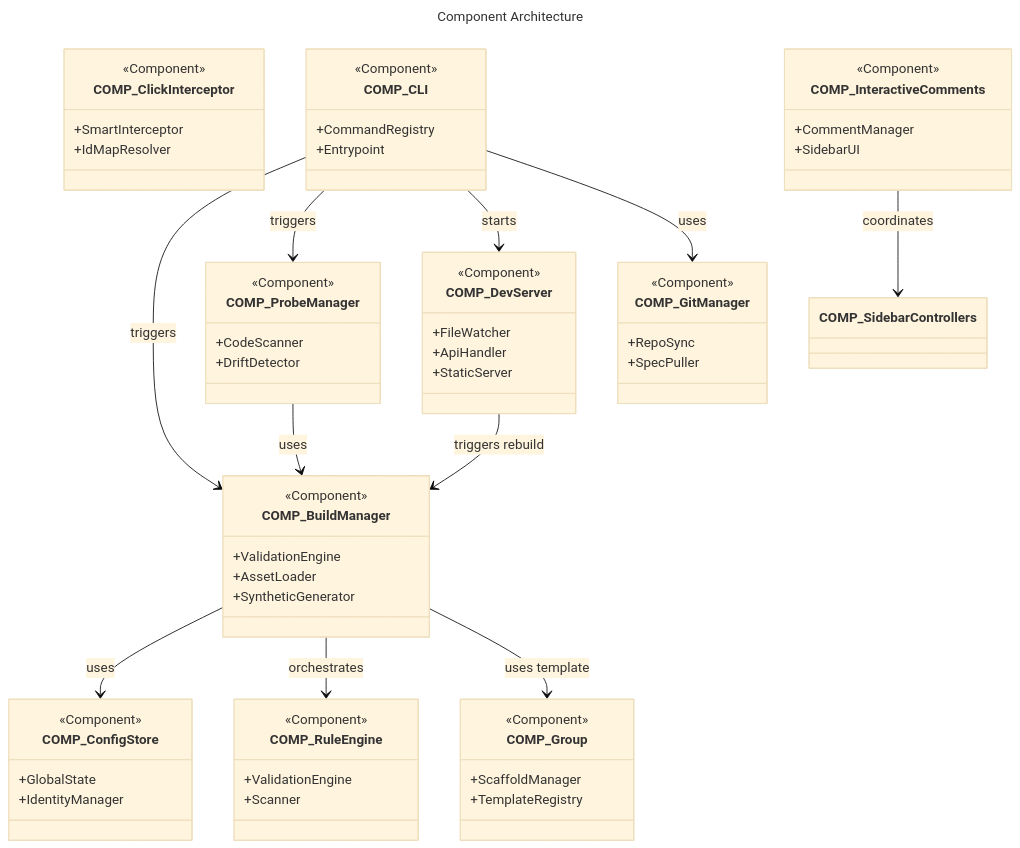
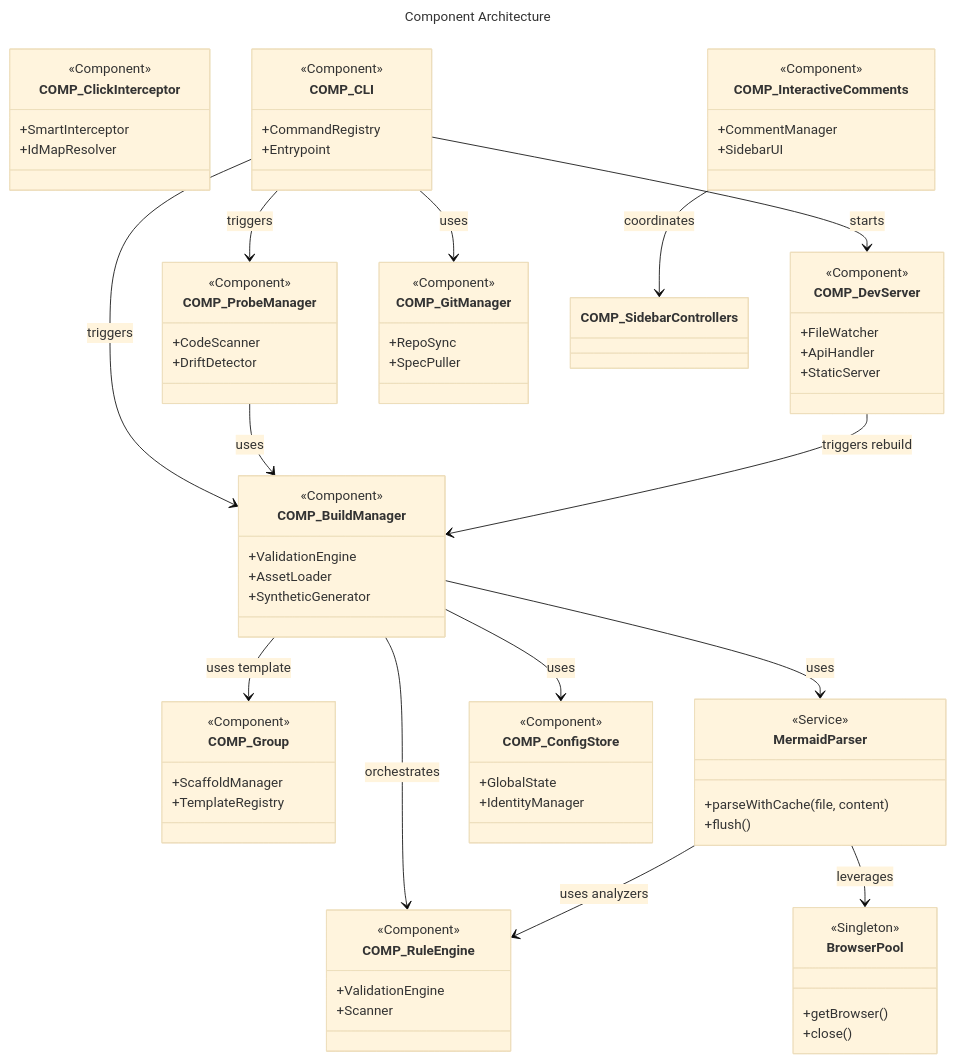
Before and after one commit to futurefoundai/foundryspec: the diagram in docs/components/COMP_Overview.mermaid, drawn with Mermaid (base theme). The commit also changed 10 other files, not shown here.

First line of the commit message:
feat: Implement intelligent caching for Mermaid parsing

```diff
--- a/docs/components/COMP_Overview.mermaid
+++ b/docs/components/COMP_Overview.mermaid
@@ -1,125 +1,143 @@
 ---
 id: "COMP_Overview"
 title: Component Architecture
 description: Detailed decomposition of the FoundrySpec engine components.
 entities:
   - id: "COMP_Group"
     uplink: "REQ_NonFunctional"
   - id: "COMP_ClickInterceptor"
     uplink: "REQ_Functional"
   - id: "COMP_InteractiveComments"
     uplink: "REQ_InteractiveComments"
     downlinks:
       - "COMP_SidebarControllers"
     requirements:
       - "REQ_InteractiveComments"
       - "REQ_DeterministicIdentity"
   - id: "COMP_BuildManager"
     uplink: "REQ_PathIntegrity"
     requirements:
       - "REQ_PathIntegrity"
       - "REQ_DynamicRoot"
+      - "REQ_Performance"
+      - "REQ_SmartCaching"
   - id: "COMP_ProbeManager"
     uplink: "REQ_AutomatedProbing"
     requirements:
       - "REQ_AutomatedProbing"
   - id: "COMP_ConfigStore"
     uplink: "REQ_ZeroConfig"
     requirements:
       - "REQ_ZeroConfig"
   - id: "COMP_GitManager"
     uplink: "REQ_Functional"
     requirements:
       - "REQ_Functional"
   - id: "COMP_CLI"
     uplink: "REQ_Functional"
     downlinks:
       - "COMP_DevServer"
     requirements:
       - "REQ_Functional"
   - id: "COMP_DevServer"
     uplink: "REQ_Functional"
     requirements:
       - "REQ_Functional"
   - id: "COMP_RuleEngine"
     uplink: "COMP_BuildManager"
     requirements:
       - "REQ_Core"
+      - "REQ_HumanReadable"
   - id: "COMP_SidebarControllers"
     uplink: "COMP_InteractiveComments"
     description: "Handles the logic for the context sidebar and unified ID resolution."
 ---
 
 classDiagram
     class COMP_Group {
         <<Component>>
         +ScaffoldManager
         +TemplateRegistry
     }
 
     class COMP_BuildManager {
         <<Component>>
         +ValidationEngine
         +AssetLoader
         +SyntheticGenerator
+    }
+
+    class MermaidParser {
+        <<Service>>
+        +parseWithCache(file, content)
+        +flush()
+    }
+
+    class BrowserPool {
+        <<Singleton>>
+        +getBrowser()
+        +close()
     }
 
     class COMP_ProbeManager {
         <<Component>>
         +CodeScanner
         +DriftDetector
     }
 
     class COMP_ClickInterceptor {
         <<Component>>
         +SmartInterceptor
         +IdMapResolver
     }
 
     class COMP_InteractiveComments {
         <<Component>>
         +CommentManager
         +SidebarUI
     }
 
     class COMP_DevServer {
         <<Component>>
         +FileWatcher
         +ApiHandler
         +StaticServer
     }
 
     class COMP_ConfigStore {
         <<Component>>
         +GlobalState
         +IdentityManager
     }
 
     class COMP_GitManager {
         <<Component>>
         +RepoSync
         +SpecPuller
     }
 
     class COMP_CLI {
         <<Component>>
         +CommandRegistry
         +Entrypoint
     }
 
     class COMP_RuleEngine {
         <<Component>>
         +ValidationEngine
         +Scanner
     }
     
     COMP_CLI --> COMP_BuildManager : triggers
     COMP_CLI --> COMP_ProbeManager : triggers
     COMP_CLI --> COMP_DevServer : starts
     COMP_CLI --> COMP_GitManager : uses
     COMP_BuildManager --> COMP_ConfigStore : uses
     COMP_BuildManager --> COMP_RuleEngine : orchestrates
+    COMP_BuildManager --> MermaidParser : uses
+    MermaidParser --> BrowserPool : leverages
+    MermaidParser --> COMP_RuleEngine : uses analyzers
     COMP_ProbeManager --> COMP_BuildManager : uses
     COMP_BuildManager --> COMP_Group : uses template
     COMP_DevServer --> COMP_BuildManager : triggers rebuild
     COMP_InteractiveComments --> COMP_SidebarControllers : coordinates
```
